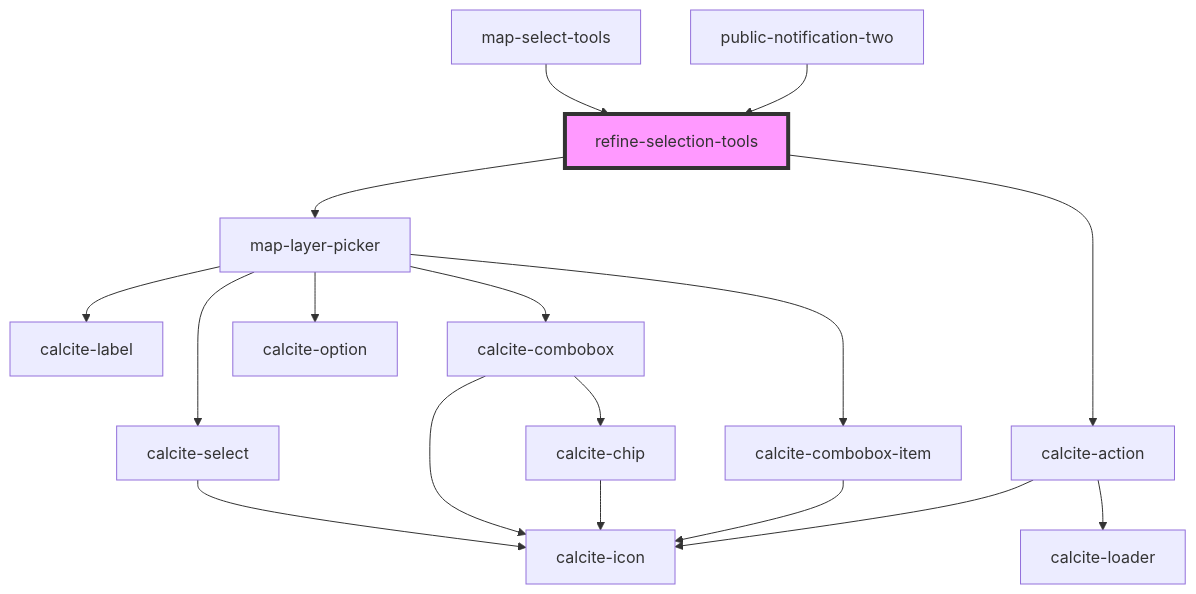
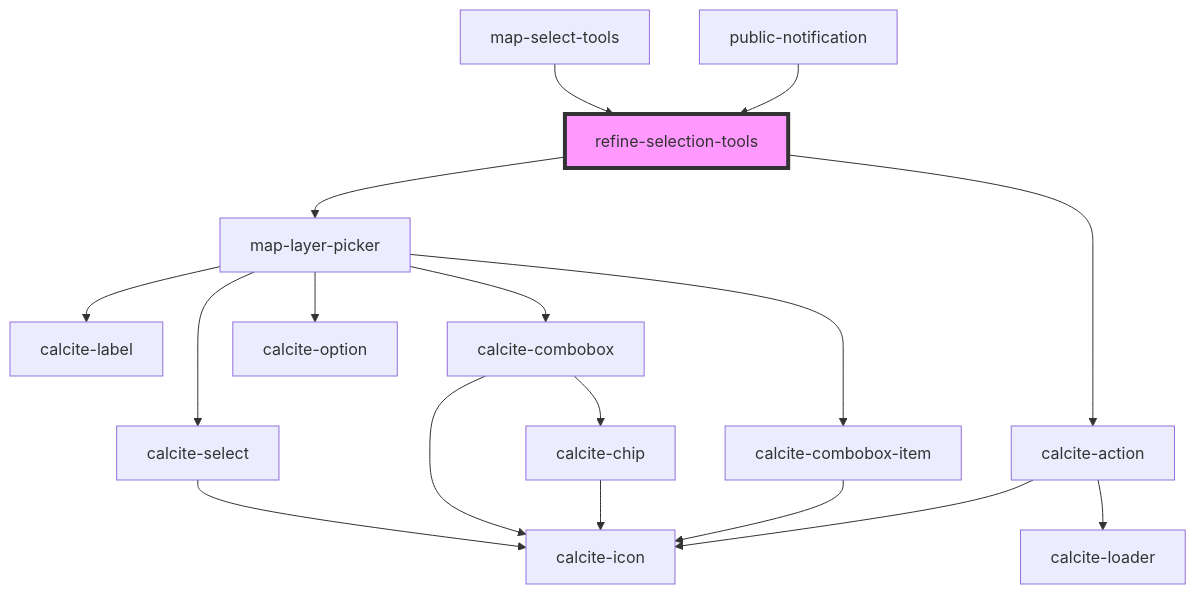
The diagram in src/components/refine-selection-tools/readme.md (Esri/solutions-components), drawn with Mermaid before and after one commit. The commit also changed other lines of this file and 12 other files, not shown here.

````diff
--- a/src/components/refine-selection-tools/readme.md
+++ b/src/components/refine-selection-tools/readme.md
@@ -46,20 +46,20 @@
 ```mermaid
 graph TD;
   refine-selection-tools --> map-layer-picker
   refine-selection-tools --> calcite-action
   map-layer-picker --> calcite-label
   map-layer-picker --> calcite-select
   map-layer-picker --> calcite-combobox
   map-layer-picker --> calcite-combobox-item
   map-layer-picker --> calcite-option
   calcite-select --> calcite-icon
   calcite-combobox --> calcite-chip
   calcite-combobox --> calcite-icon
   calcite-chip --> calcite-icon
   calcite-combobox-item --> calcite-icon
   calcite-action --> calcite-loader
   calcite-action --> calcite-icon
   map-select-tools --> refine-selection-tools
-  public-notification-two --> refine-selection-tools
+  public-notification --> refine-selection-tools
   style refine-selection-tools fill:#f9f,stroke:#333,stroke-width:4px
 ```
````
